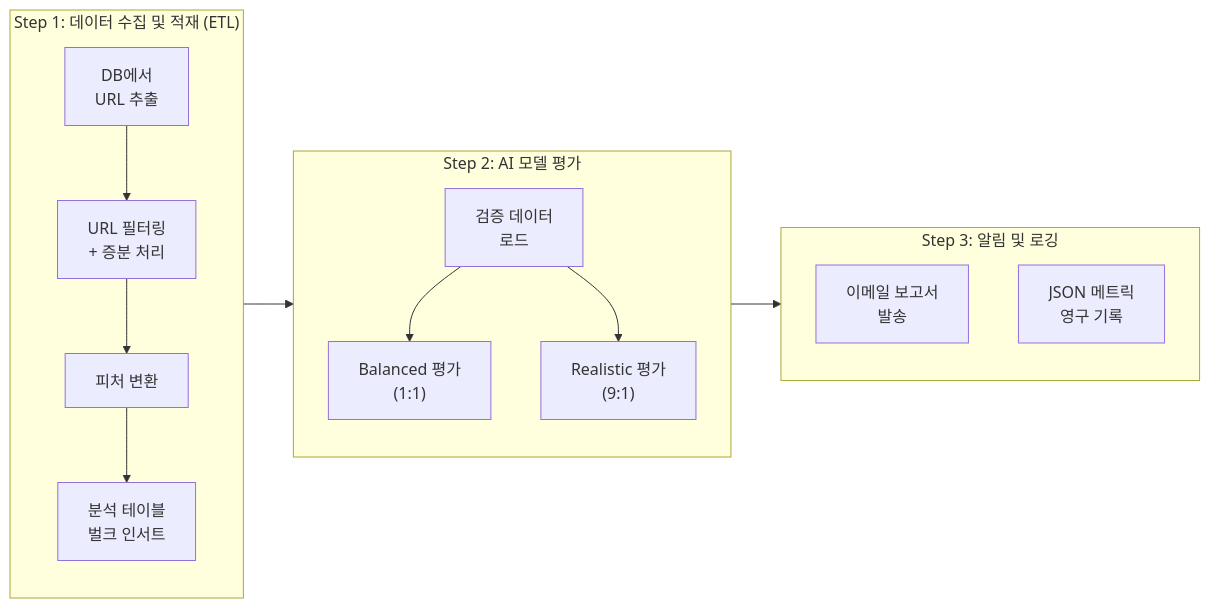
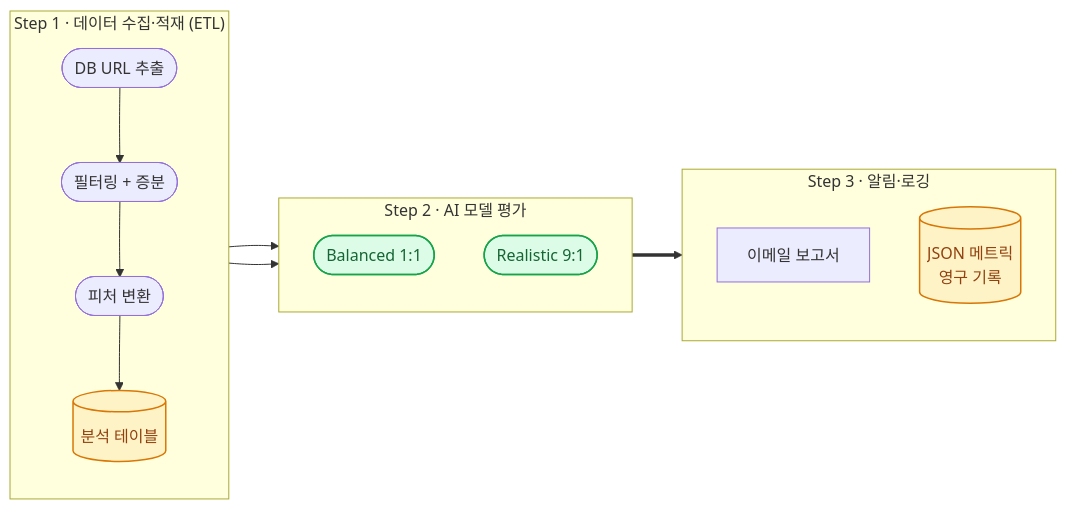
One commit to SJayKim/SJayKim changed the fifth of 12 diagrams in README.md. Above: the diagram before and after it, drawn with Mermaid. The commit also changed other lines of this file, not shown here.

First line of the commit message:
docs: 프로젝트 다이어그램 공통 비주얼 시스템 도입 + 신규 4종 추가

````diff
--- a/README.md
+++ b/README.md
@@ -330,27 +338,27 @@
 ```mermaid
 flowchart LR
-    subgraph Step1["Step 1: 데이터 수집 및 적재 (ETL)"]
-        Extract["DB에서<br/>URL 추출"]
-        Filter["URL 필터링<br/>+ 증분 처리"]
-        API["피처 변환"]
-        Bulk["분석 테이블<br/>벌크 인서트"]
-
-        Extract --> Filter --> API --> Bulk
+    subgraph S1["Step 1 · 데이터 수집·적재 (ETL)"]
+        direction TB
+        Ex(["DB URL 추출"]) --> Fil(["필터링 + 증분"]) --> Cv(["피처 변환"]) --> Bulk[("분석 테이블")]
     end
 
-    subgraph Step2["Step 2: AI 모델 평가"]
-        Load["검증 데이터<br/>로드"]
-        Balanced["Balanced 평가<br/>(1:1)"]
-        Realistic["Realistic 평가<br/>(9:1)"]
-
-        Load --> Balanced
-        Load --> Realistic
+    subgraph S2["Step 2 · AI 모델 평가"]
+        direction TB
+        Bal(["Balanced 1:1"])
+        Real(["Realistic 9:1"])
     end
 
-    subgraph Step3["Step 3: 알림 및 로깅"]
-        Email["이메일 보고서<br/>발송"]
-        Metrics["JSON 메트릭<br/>영구 기록"]
+    subgraph S3["Step 3 · 알림·로깅"]
+        direction TB
+        Mail["이메일 보고서"]
+        Met[("JSON 메트릭<br/>영구 기록")]
     end
 
-    Step1 --> Step2 --> Step3
+    Bulk --> Bal & Real
+    S2 ==> S3
+
+    classDef data fill:#FEF3C7,stroke:#D97706,stroke-width:1.5px,color:#92400E;
+    classDef result fill:#DCFCE7,stroke:#16A34A,stroke-width:1.5px,color:#166534;
+    class Bulk,Met data;
+    class Bal,Real result;
 ```
````
